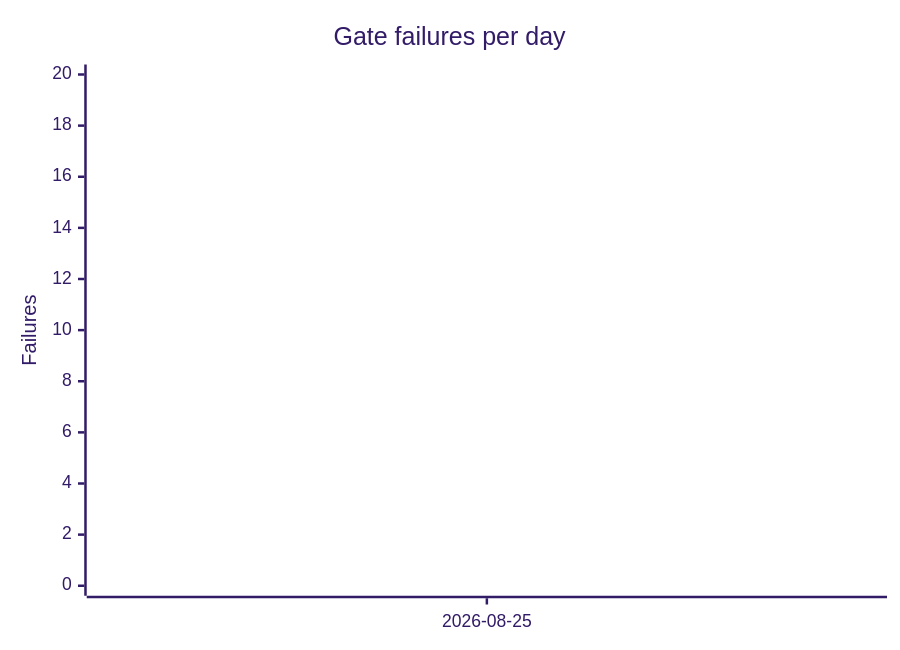
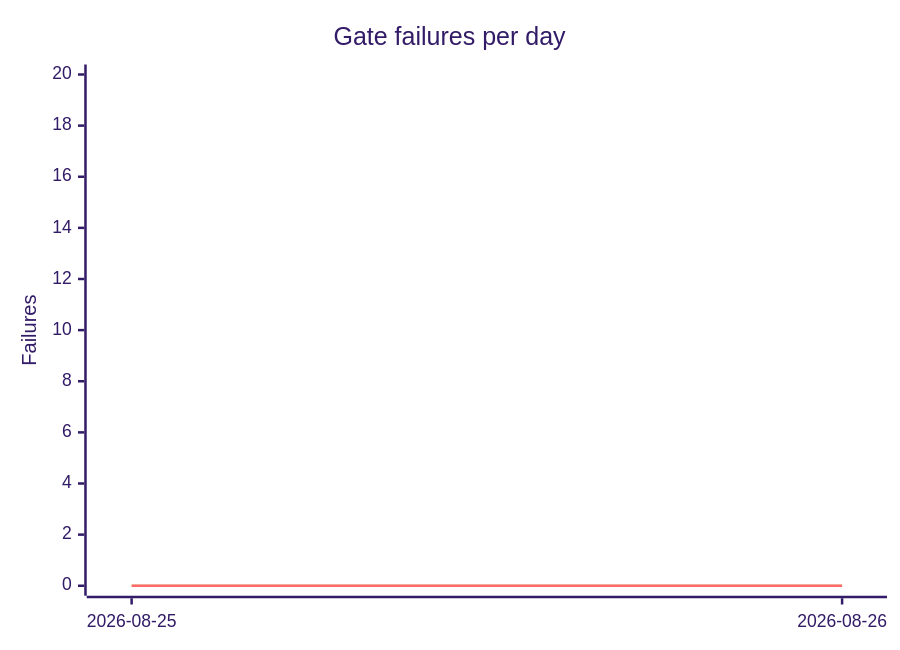
Before and after one commit to Mohammed-Alama/php-arazzo: the diagram in docs/generated/gate-trend.md, drawn with Mermaid (forest theme). The commit also changed other lines of this file and 70 other files, not shown here.

````diff
--- a/docs/generated/gate-trend.md
+++ b/docs/generated/gate-trend.md
@@ -13,8 +13,8 @@
 ```mermaid
 xychart-beta
     title "Gate failures per day"
-    x-axis ["2026-08-25"]
+    x-axis ["2026-08-25", "2026-08-26"]
     y-axis "Failures" 0 --> 20
-    line "PHPStan errors" [0]
-    line "Test failures" [0]
+    line "PHPStan errors" [0, 0]
+    line "Test failures" [0, 0]
 ```
````
